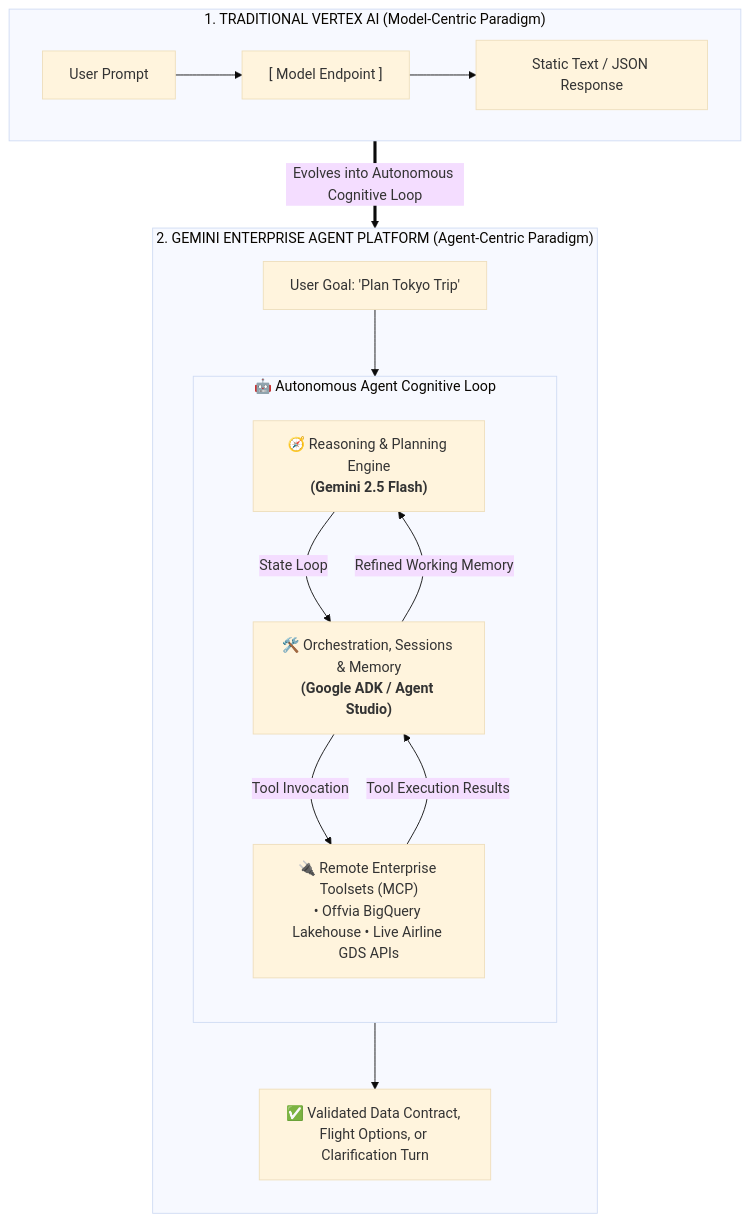
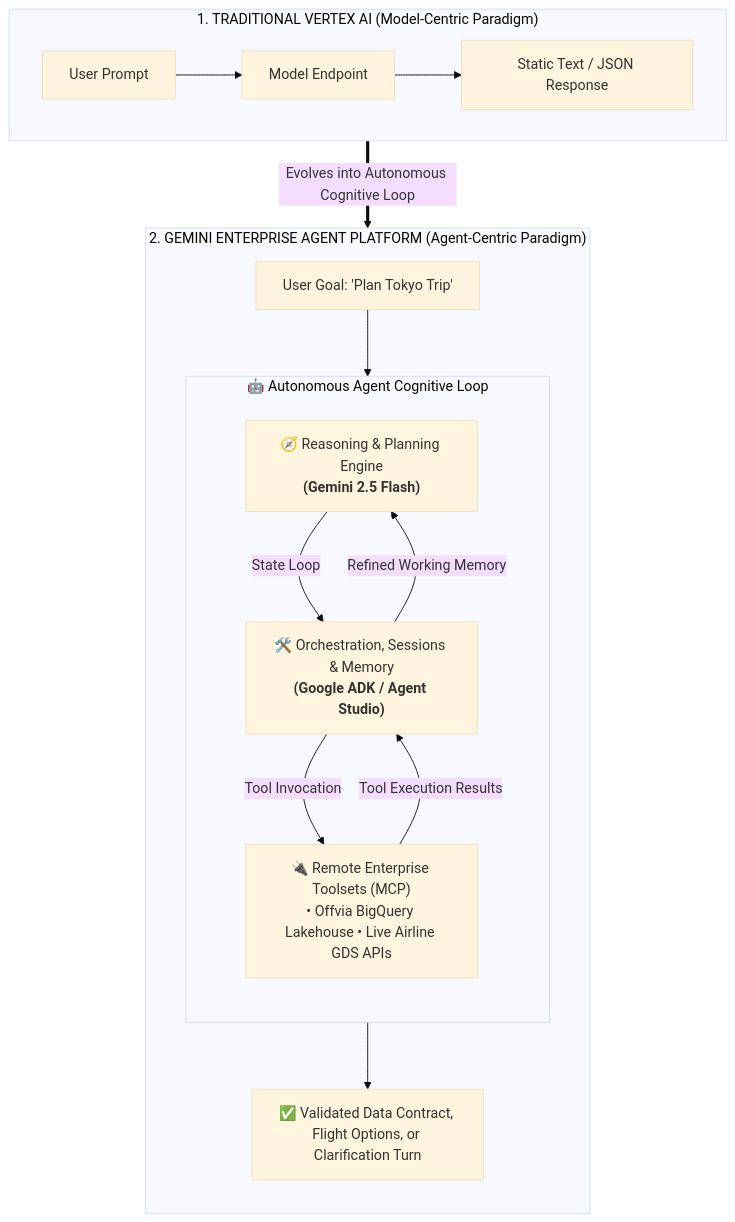
The second of 3 diagrams in content/english/blog/gemini-agent-platform-express-mode-bootstrapping-offvia.md (tharun15/gcloudcafe), drawn with Mermaid (base theme) before and after one commit. The commit also changed other lines of this file and 3 other files, not shown here.

````diff
--- a/content/english/blog/gemini-agent-platform-express-mode-bootstrapping-offvia.md
+++ b/content/english/blog/gemini-agent-platform-express-mode-bootstrapping-offvia.md
@@ -87,28 +88,28 @@
 ```mermaid
 flowchart TD
     subgraph Traditional["1. TRADITIONAL VERTEX AI (Model-Centric Paradigm)"]
         direction LR
-        P1["User Prompt"] --> M1["[ Model Endpoint ]"] --> R1["Static Text / JSON Response"]
+        P1["User Prompt"] --> M1["Model Endpoint"] --> R1["Static Text / JSON Response"]
     end
 
     Traditional ==>|"Evolves into Autonomous Cognitive Loop"| Agentic
 
     subgraph Agentic["2. GEMINI ENTERPRISE AGENT PLATFORM (Agent-Centric Paradigm)"]
         direction TB
         User["User Goal: 'Plan Tokyo Trip'"] --> Engine
         
         subgraph Engine["🤖 Autonomous Agent Cognitive Loop"]
             direction TB
             LLM["🧭 Reasoning & Planning Engine<br/><b>(Gemini 2.5 Flash)</b>"]
             ADK["🛠️ Orchestration, Sessions & Memory<br/><b>(Google ADK / Agent Studio)</b>"]
             MCP["🔌 Remote Enterprise Toolsets (MCP)<br/>• Offvia BigQuery Lakehouse &bull; Live Airline GDS APIs"]
             
             LLM -->|State Loop| ADK
             ADK -->|Tool Invocation| MCP
             MCP -->|Tool Execution Results| ADK
             ADK -->|Refined Working Memory| LLM
         end
         
         Engine --> Output["✅ Validated Data Contract, Flight Options, or Clarification Turn"]
     end
 ```
````
